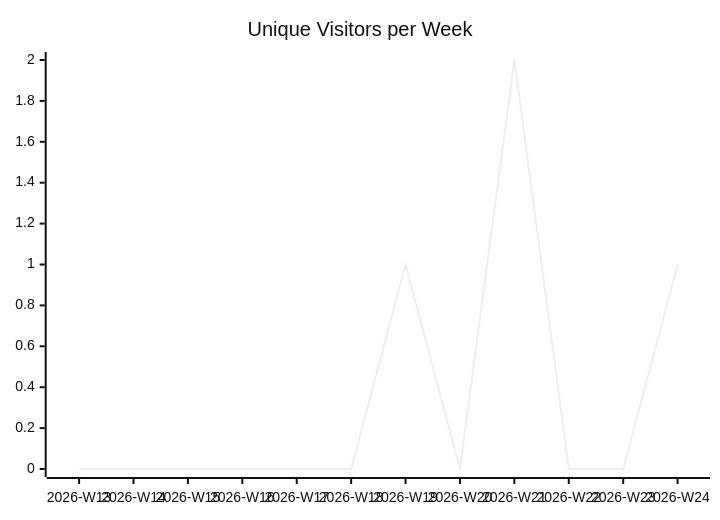
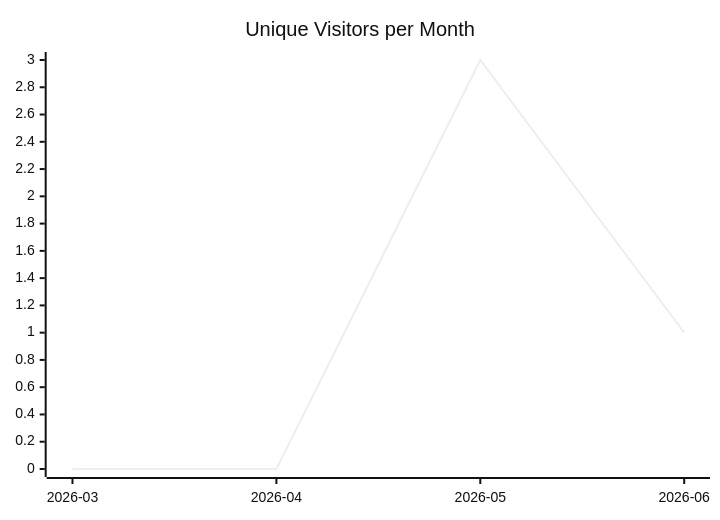
The first of 3 diagrams in karlmdavis/kobjects/README.md (justdavis-family/github-analytics-data), drawn with Mermaid (neutral theme) before and after one commit. The commit also changed other lines of this file and 198 other files, not shown here.

````diff
--- a/karlmdavis/kobjects/README.md
+++ b/karlmdavis/kobjects/README.md
@@ -5,6 +5,6 @@
 ```mermaid
 xychart-beta
-  title "Unique Visitors per Week"
-  x-axis ["2026-W13", "2026-W14", "2026-W15", "2026-W16", "2026-W17", "2026-W18", "2026-W19", "2026-W20", "2026-W21", "2026-W22", "2026-W23", "2026-W24"]
-  line [0, 0, 0, 0, 0, 0, 1, 0, 2, 0, 0, 1]
+  title "Unique Visitors per Month"
+  x-axis ["2026-03", "2026-04", "2026-05", "2026-06"]
+  line [0, 0, 3, 1]
 ```
````
